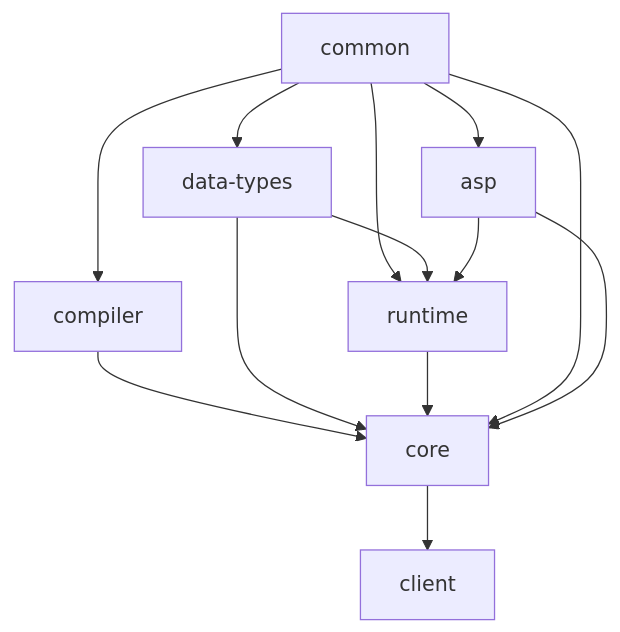
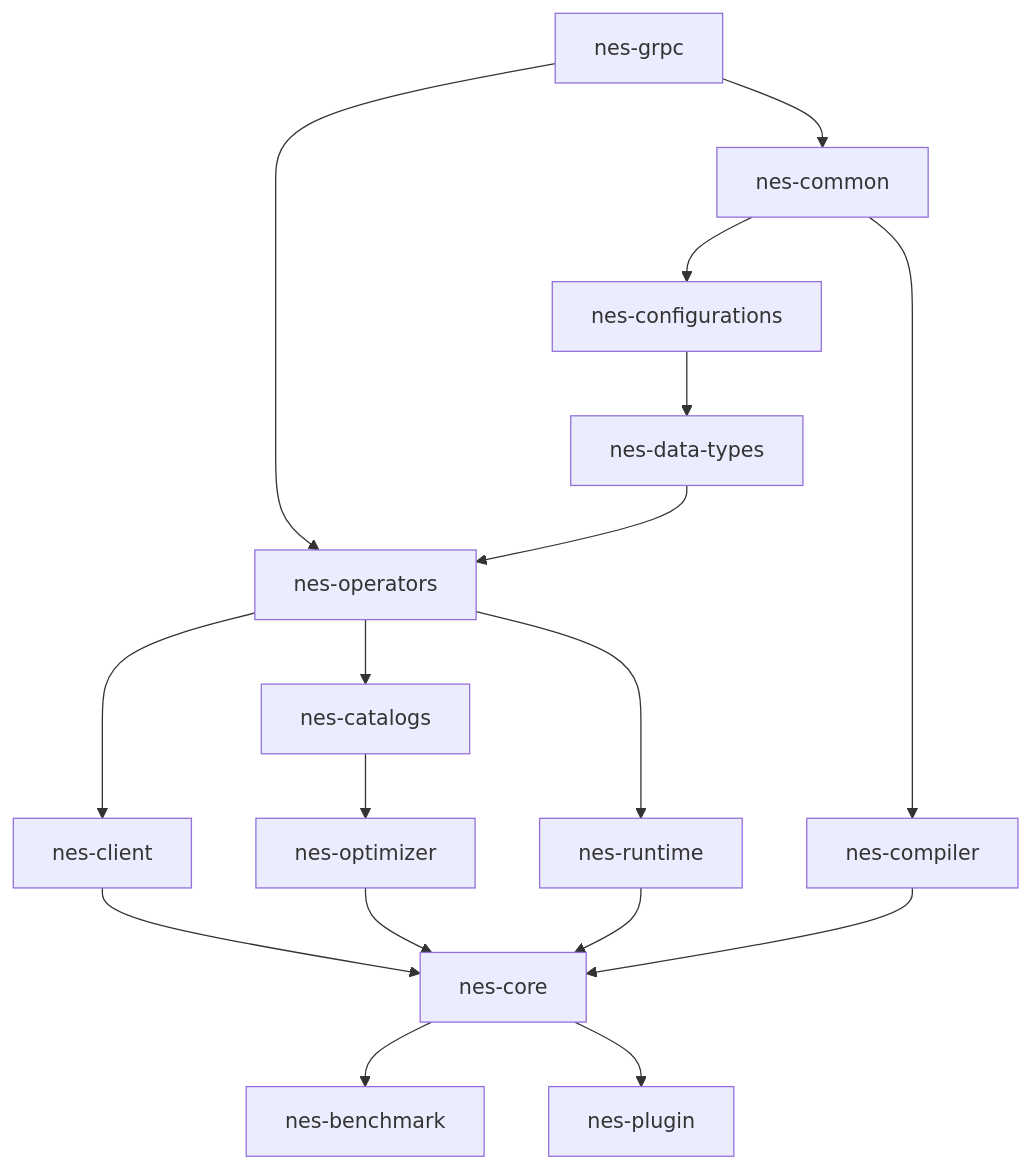
One commit to nebulastream/nebulastream changed the diagram in README.md. Above: the diagram before and after it, drawn with Mermaid. The commit also changed other lines of this file and 8 other files, not shown here.

````diff
--- a/README.md
+++ b/README.md
@@ -37,15 +42,19 @@
 ```mermaid
 graph TD;
-  common-->compiler;
-  common-->runtime;
-  common-->data-types;
-  compiler-->core;
-  data-types-->runtime;
-  data-types-->core;
-  runtime-->core;
-  common-->core;
-  core-->client;
-  asp-->core;
-  asp-->runtime;
-  common-->asp;
+  nes-core-->nes-benchmark;
+  nes-operators-->nes-catalogs;
+  nes-operators-->nes-client;
+  nes-grpc-->nes-common;
+  nes-common-->nes-compiler; 
+  nes-common-->nes-configurations;
+  nes-client-->nes-core;
+  nes-optimizer-->nes-core;
+  nes-runtime-->nes-core;
+  nes-compiler-->nes-core;
+  nes-configurations-->nes-data-types;
+  nes-grpc-->nes-operators;
+  nes-data-types-->nes-operators;
+  nes-catalogs-->nes-optimizer;
+  nes-core-->nes-plugin;
+  nes-operators-->nes-runtime;
 ```
````
